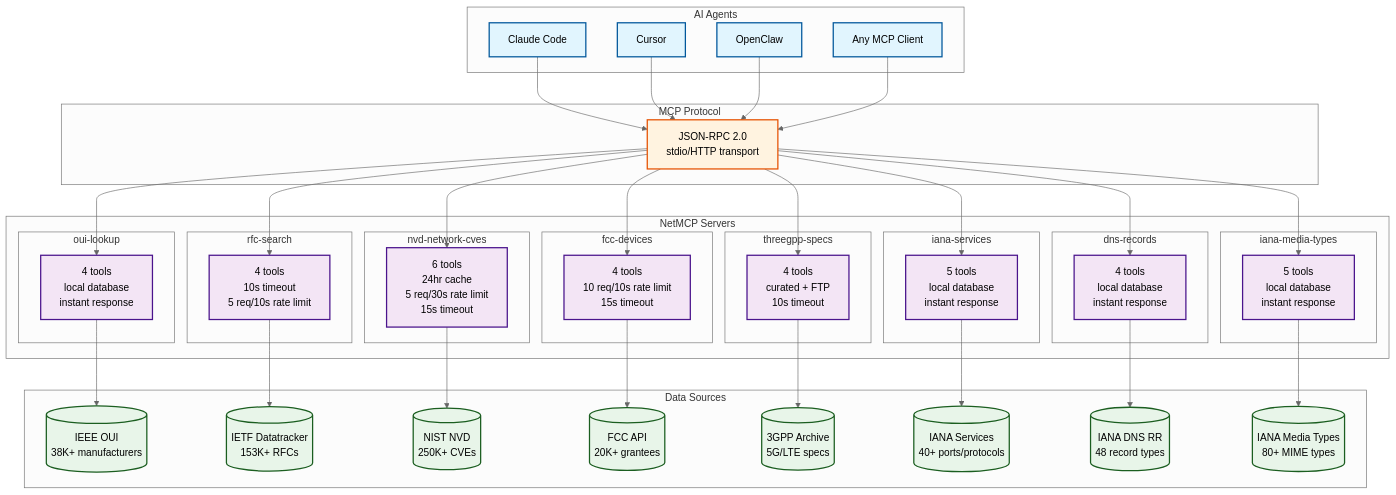
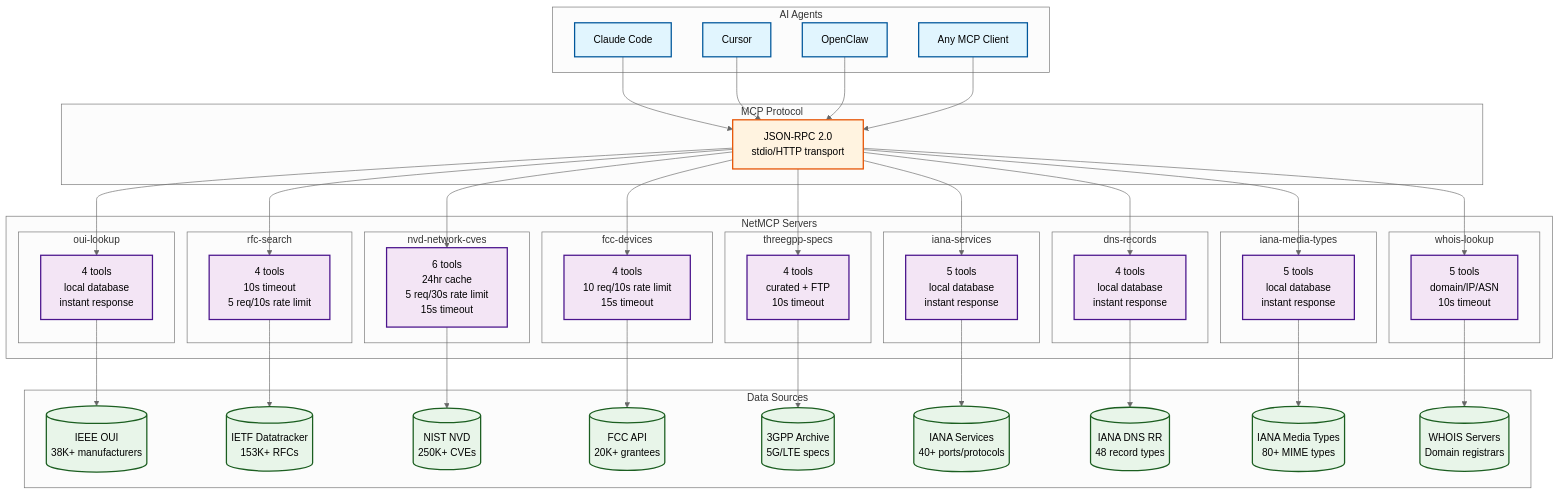
One commit to cheenu1092-oss/netmcp changed the diagram in README.md. Above: the diagram before and after it, drawn with Mermaid (neutral theme). The commit also changed other lines of this file and 1 other file, not shown here.

Commit message:
docs: update root README to include whois-lookup (9 packages, 41 tools, 75 tests) - Cycle 47

````diff
--- a/README.md
+++ b/README.md
@@ -73,6 +74,10 @@
         subgraph "iana-media-types"
             MEDIA[5 tools<br/>local database<br/>instant response]
         end
+        
+        subgraph "whois-lookup"
+            WHOIS[5 tools<br/>domain/IP/ASN<br/>10s timeout]
+        end
     end
     
     subgraph "Data Sources"
@@ -84,10 +89,11 @@
         DS6[(IANA Services<br/>40+ ports/protocols)]
         DS7[(IANA DNS RR<br/>48 record types)]
         DS8[(IANA Media Types<br/>80+ MIME types)]
+        DS9[(WHOIS Servers<br/>Domain registrars)]
     end
     
     A1 & A2 & A3 & A4 --> MCP
-    MCP --> OUI & RFC & NVD & FCC & 3GPP & IANA & DNS & MEDIA
+    MCP --> OUI & RFC & NVD & FCC & 3GPP & IANA & DNS & MEDIA & WHOIS
     OUI --> DS1
     RFC --> DS2
     NVD --> DS3
@@ -96,6 +102,7 @@
     IANA --> DS6
     DNS --> DS7
     MEDIA --> DS8
+    WHOIS --> DS9
     
     classDef agent fill:#e1f5fe,stroke:#01579b,stroke-width:2px
     classDef mcp fill:#fff3e0,stroke:#e65100,stroke-width:2px
@@ -104,6 +111,6 @@
     
     class A1,A2,A3,A4 agent
     class MCP mcp
-    class OUI,RFC,NVD,FCC,3GPP,IANA,DNS,MEDIA server
-    class DS1,DS2,DS3,DS4,DS5,DS6,DS7,DS8 source
+    class OUI,RFC,NVD,FCC,3GPP,IANA,DNS,MEDIA,WHOIS server
+    class DS1,DS2,DS3,DS4,DS5,DS6,DS7,DS8,DS9 source
 ```
````
